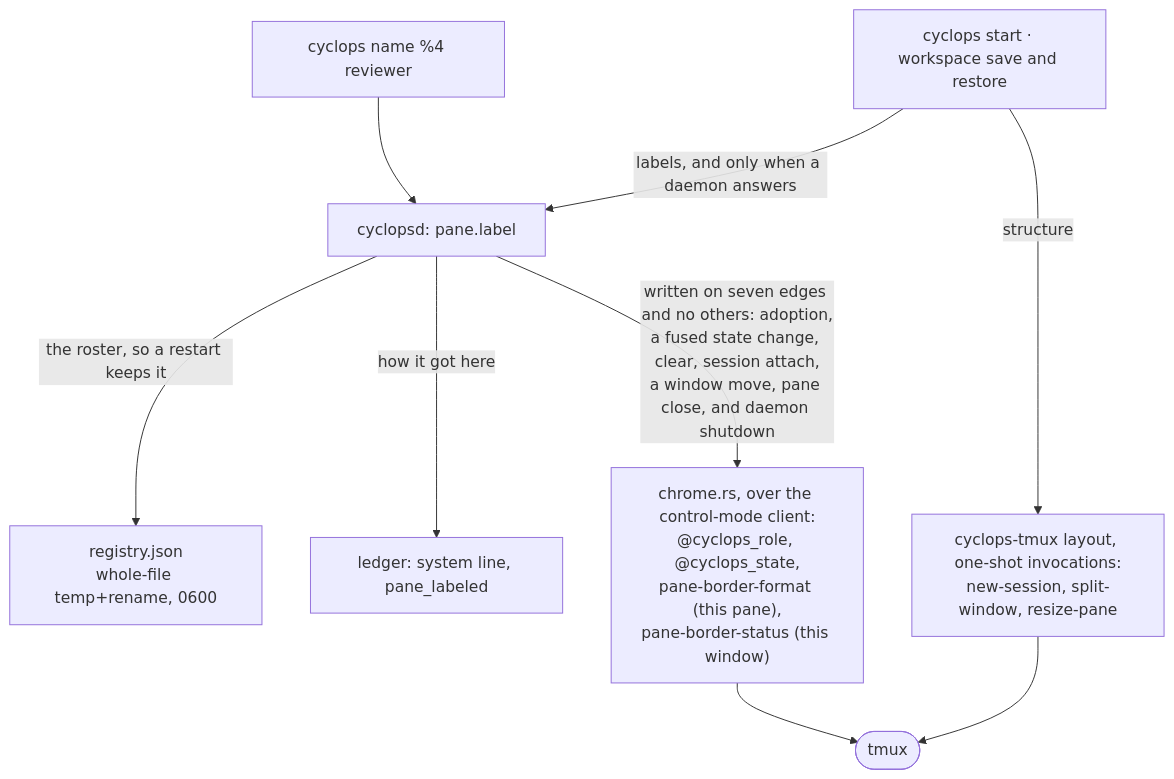
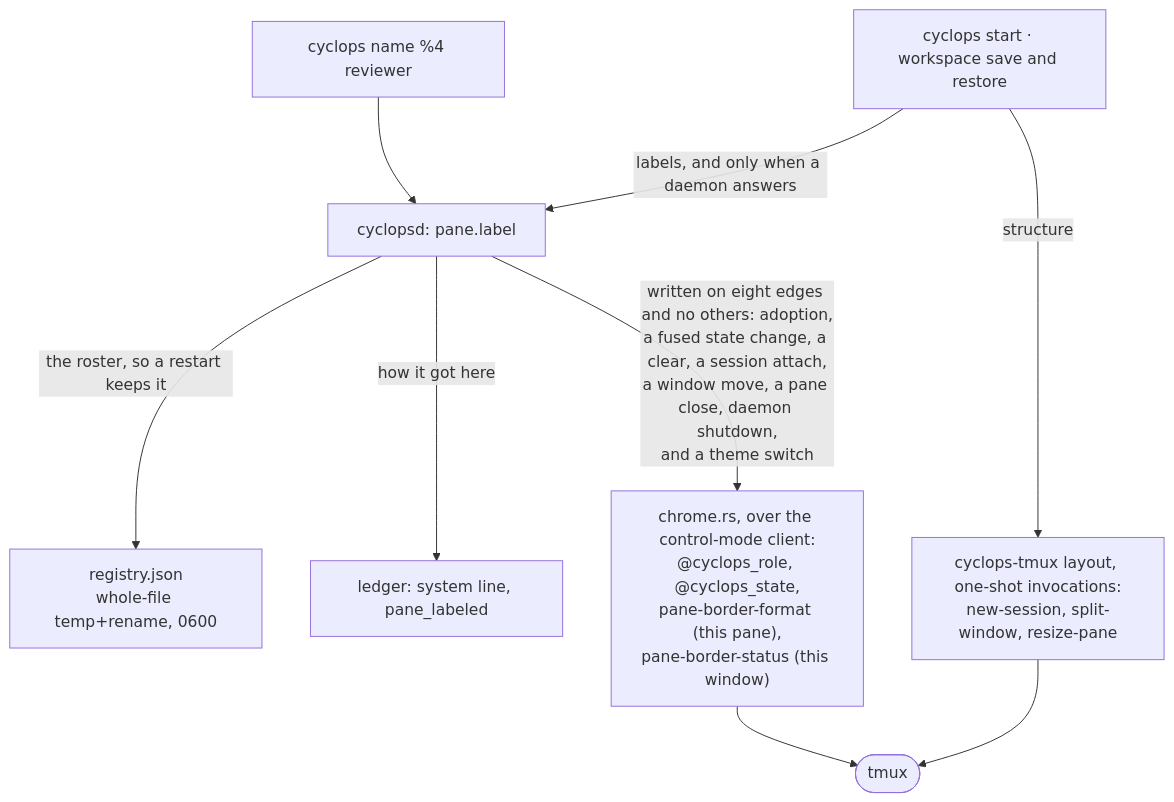
Before and after one commit to cyclops-team/cyclops: the fifth of 5 diagrams in docs/ARCHITECTURE.md, drawn with Mermaid. The commit also changed other lines of this file and 43 other files, not shown here.

First line of the commit message:
feat: M5 polish parity, and fix F25 so cyclops can see a pane die

````diff
--- a/docs/ARCHITECTURE.md
+++ b/docs/ARCHITECTURE.md
@@ -265,11 +265,11 @@
 ```mermaid
 flowchart TD
     N["cyclops name %4 reviewer"] --> D["cyclopsd: pane.label"]
     D -->|"the roster, so a restart keeps it"| R["registry.json<br/>whole-file temp+rename, 0600"]
     D -->|"how it got here"| L["ledger: system line, pane_labeled"]
-    D -->|"written on seven edges and no others: adoption,<br/>a fused state change, clear, session attach,<br/>a window move, pane close, and daemon shutdown"| C["chrome.rs, over the control-mode client:<br/>@cyclops_role, @cyclops_state,<br/>pane-border-format (this pane),<br/>pane-border-status (this window)"]
+    D -->|"written on eight edges and no others: adoption,<br/>a fused state change, a clear, a session attach,<br/>a window move, a pane close, daemon shutdown,<br/>and a theme switch"| C["chrome.rs, over the control-mode client:<br/>@cyclops_role, @cyclops_state,<br/>pane-border-format (this pane),<br/>pane-border-status (this window)"]
     W["cyclops start · workspace save and restore"] -->|"labels, and only when a daemon answers"| D
     W -->|"structure"| T["cyclops-tmux layout, one-shot invocations:<br/>new-session, split-window, resize-pane"]
     C --> X(["tmux"])
     T --> X
 ```
````
